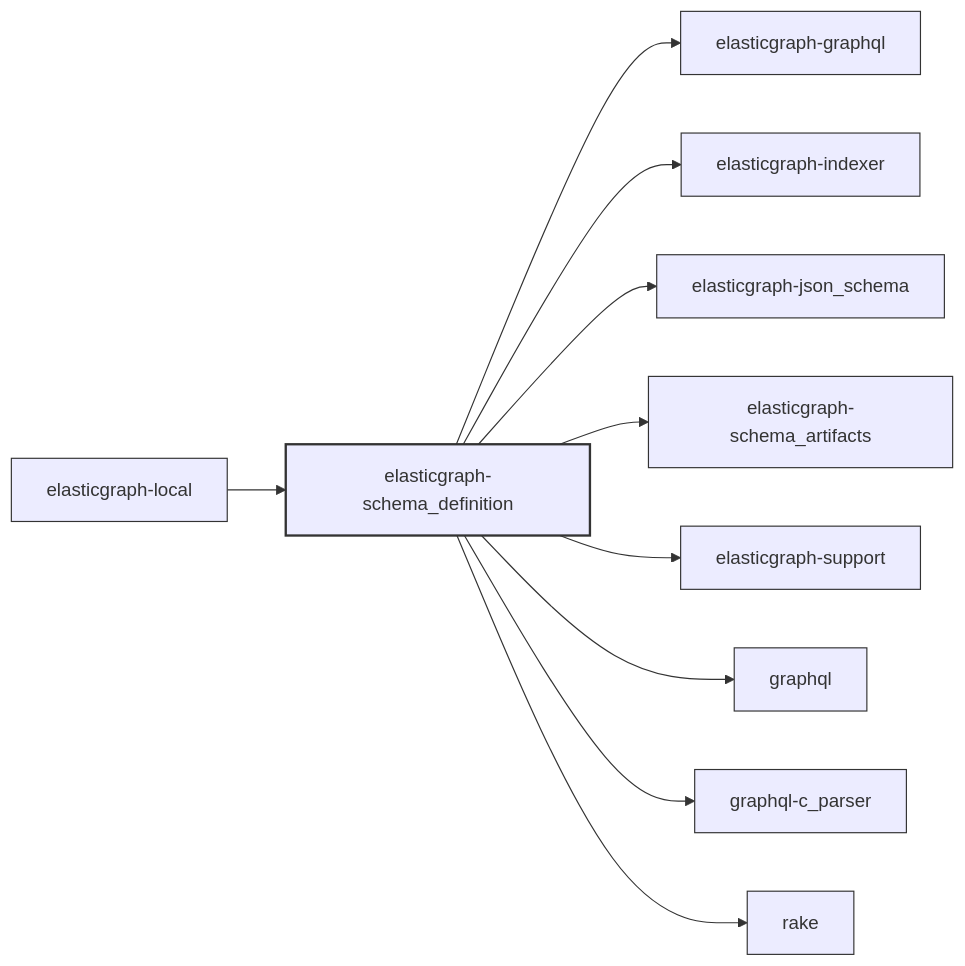
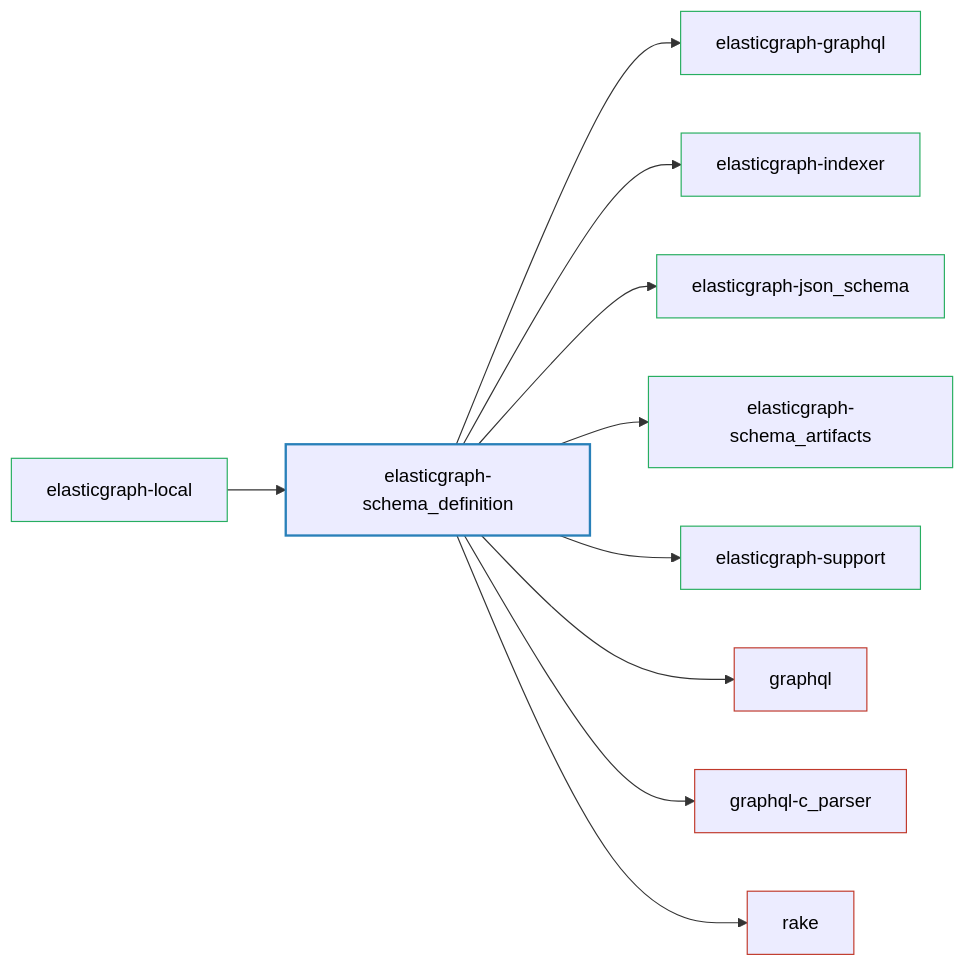
One commit to block/elasticgraph changed the diagram in elasticgraph-schema_definition/README.md. Above: the diagram before and after it, drawn with Mermaid. The commit also changed 21 other files, not shown here.

````diff
--- a/elasticgraph-schema_definition/README.md
+++ b/elasticgraph-schema_definition/README.md
@@ -11,26 +11,32 @@
 ```mermaid
 graph LR;
+    elasticgraph-schema_definition["elasticgraph-schema_definition"];
+    elasticgraph-graphql["elasticgraph-graphql"];
     elasticgraph-schema_definition --> elasticgraph-graphql;
+    elasticgraph-indexer["elasticgraph-indexer"];
     elasticgraph-schema_definition --> elasticgraph-indexer;
+    elasticgraph-json_schema["elasticgraph-json_schema"];
     elasticgraph-schema_definition --> elasticgraph-json_schema;
+    elasticgraph-schema_artifacts["elasticgraph-schema_artifacts"];
     elasticgraph-schema_definition --> elasticgraph-schema_artifacts;
+    elasticgraph-support["elasticgraph-support"];
     elasticgraph-schema_definition --> elasticgraph-support;
+    graphql["graphql"];
     elasticgraph-schema_definition --> graphql;
+    graphql-c_parser["graphql-c_parser"];
     elasticgraph-schema_definition --> graphql-c_parser;
+    rake["rake"];
     elasticgraph-schema_definition --> rake;
+    elasticgraph-local["elasticgraph-local"];
     elasticgraph-local --> elasticgraph-schema_definition;
-    classDef currentGemStyle fill:#lightblue,stroke:#333,stroke-width:2px;
-    classDef internalEgGemStyle fill:#lightgreen,stroke:#333,stroke-width:1px;
-    classDef externalGemStyle fill:#lightcoral,stroke:#333,stroke-width:1px;
-    classDef placeholderNodeStyle fill:#eee,stroke:#333,stroke-width:1px;
-    class elasticgraph-schema_definition currentGemStyle;
-    class elasticgraph-graphql internalEgGemStyle;
-    class elasticgraph-indexer internalEgGemStyle;
-    class elasticgraph-json_schema internalEgGemStyle;
-    class elasticgraph-schema_artifacts internalEgGemStyle;
-    class elasticgraph-support internalEgGemStyle;
-    class graphql externalGemStyle;
-    class graphql-c_parser externalGemStyle;
-    class rake externalGemStyle;
-    class elasticgraph-local internalEgGemStyle;
+    style elasticgraph-schema_definition fill:#lightblue,stroke:#2980b9,stroke-width:2px,color:#000;
+    style elasticgraph-graphql fill:#lightgreen,stroke:#27ae60,stroke-width:1px,color:#000;
+    style elasticgraph-indexer fill:#lightgreen,stroke:#27ae60,stroke-width:1px,color:#000;
+    style elasticgraph-json_schema fill:#lightgreen,stroke:#27ae60,stroke-width:1px,color:#000;
+    style elasticgraph-schema_artifacts fill:#lightgreen,stroke:#27ae60,stroke-width:1px,color:#000;
+    style elasticgraph-support fill:#lightgreen,stroke:#27ae60,stroke-width:1px,color:#000;
+    style graphql fill:#lightcoral,stroke:#c0392b,stroke-width:1px,color:#000;
+    style graphql-c_parser fill:#lightcoral,stroke:#c0392b,stroke-width:1px,color:#000;
+    style rake fill:#lightcoral,stroke:#c0392b,stroke-width:1px,color:#000;
+    style elasticgraph-local fill:#lightgreen,stroke:#27ae60,stroke-width:1px,color:#000;
 ```
````
